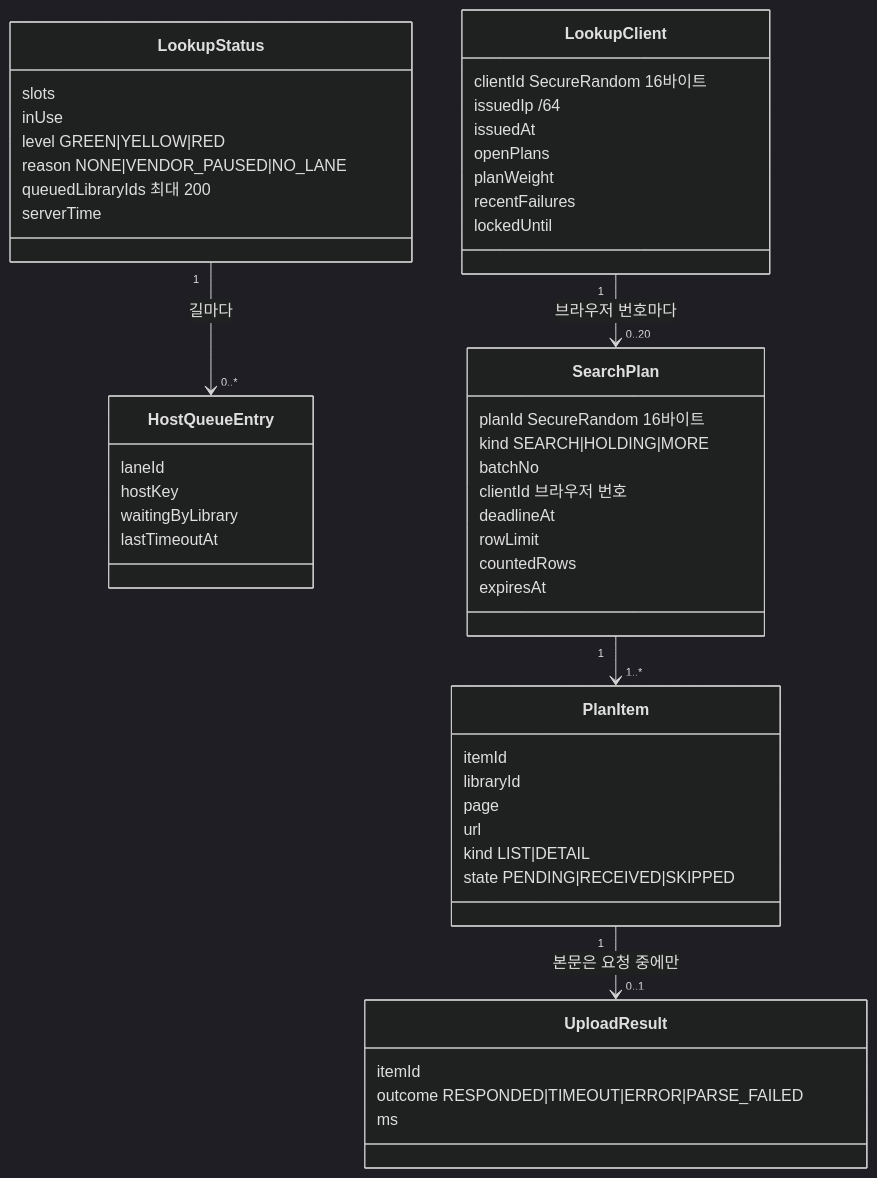
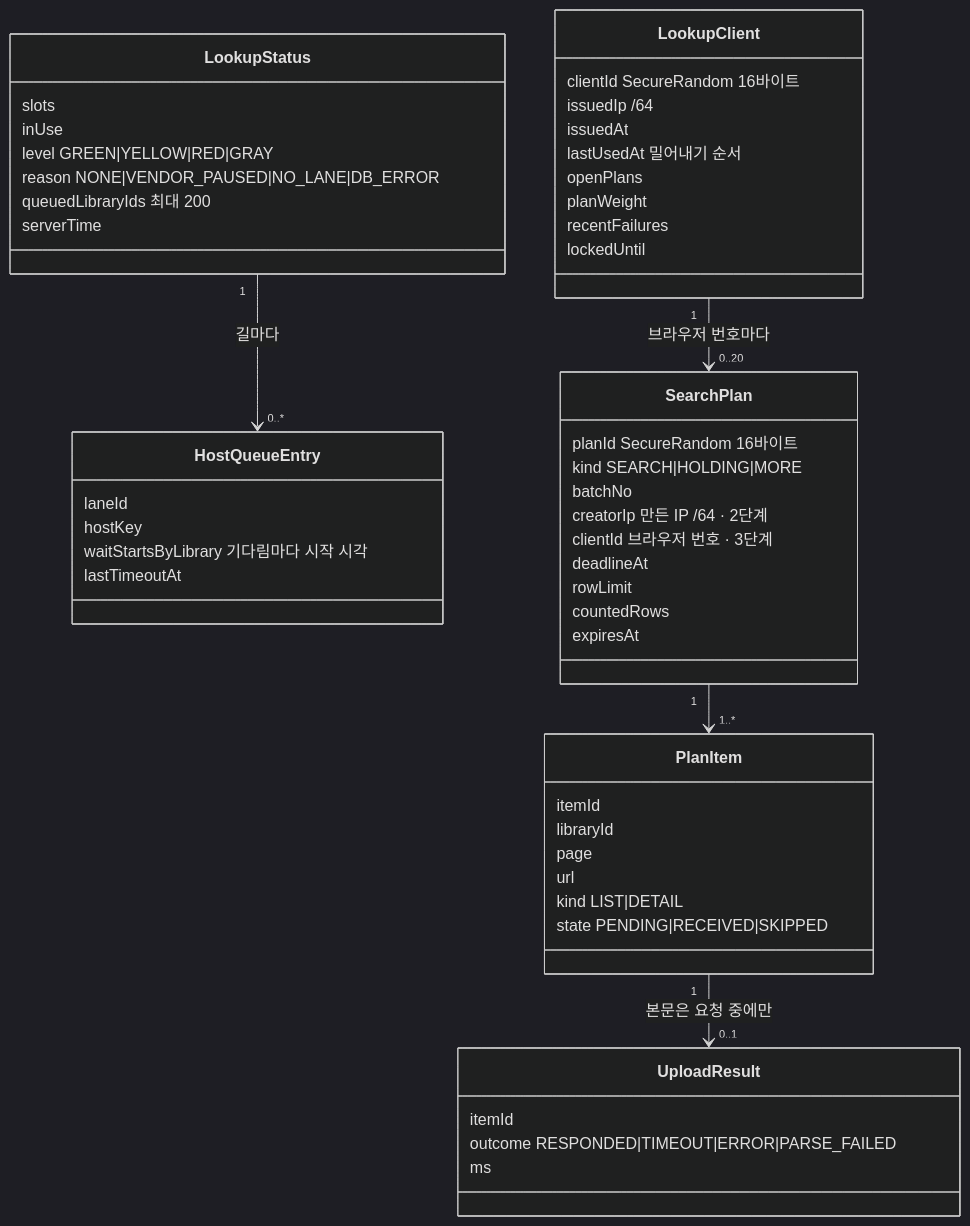
The fifth of 6 diagrams in docs/cycles/20-lookup-status-and-extension/design-delta.md (hodu-sketch/chaekcheck-plan), drawn with Mermaid (dark theme) before and after one commit. The commit also changed other lines of this file and 7 other files, not shown here.

````diff
--- a/docs/cycles/20-lookup-status-and-extension/design-delta.md
+++ b/docs/cycles/20-lookup-status-and-extension/design-delta.md
@@ -137,53 +171,55 @@
 ```mermaid
 classDiagram
   class LookupStatus {
     slots
     inUse
-    level GREEN|YELLOW|RED
-    reason NONE|VENDOR_PAUSED|NO_LANE
+    level GREEN|YELLOW|RED|GRAY
+    reason NONE|VENDOR_PAUSED|NO_LANE|DB_ERROR
     queuedLibraryIds 최대 200
     serverTime
   }
   class HostQueueEntry {
     laneId
     hostKey
-    waitingByLibrary
+    waitStartsByLibrary 기다림마다 시작 시각
     lastTimeoutAt
   }
   class SearchPlan {
     planId SecureRandom 16바이트
     kind SEARCH|HOLDING|MORE
     batchNo
-    clientId 브라우저 번호
+    creatorIp 만든 IP /64 · 2단계
+    clientId 브라우저 번호 · 3단계
     deadlineAt
     rowLimit
     countedRows
     expiresAt
   }
   class PlanItem {
     itemId
     libraryId
     page
     url
     kind LIST|DETAIL
     state PENDING|RECEIVED|SKIPPED
   }
   class UploadResult {
     itemId
     outcome RESPONDED|TIMEOUT|ERROR|PARSE_FAILED
     ms
   }
   class LookupClient {
     clientId SecureRandom 16바이트
     issuedIp /64
     issuedAt
+    lastUsedAt 밀어내기 순서
     openPlans
     planWeight
     recentFailures
     lockedUntil
   }
   LookupStatus "1" --> "0..*" HostQueueEntry : 길마다
   LookupClient "1" --> "0..20" SearchPlan : 브라우저 번호마다
   SearchPlan "1" --> "1..*" PlanItem
   PlanItem "1" --> "0..1" UploadResult : 본문은 요청 중에만
 ```
````
